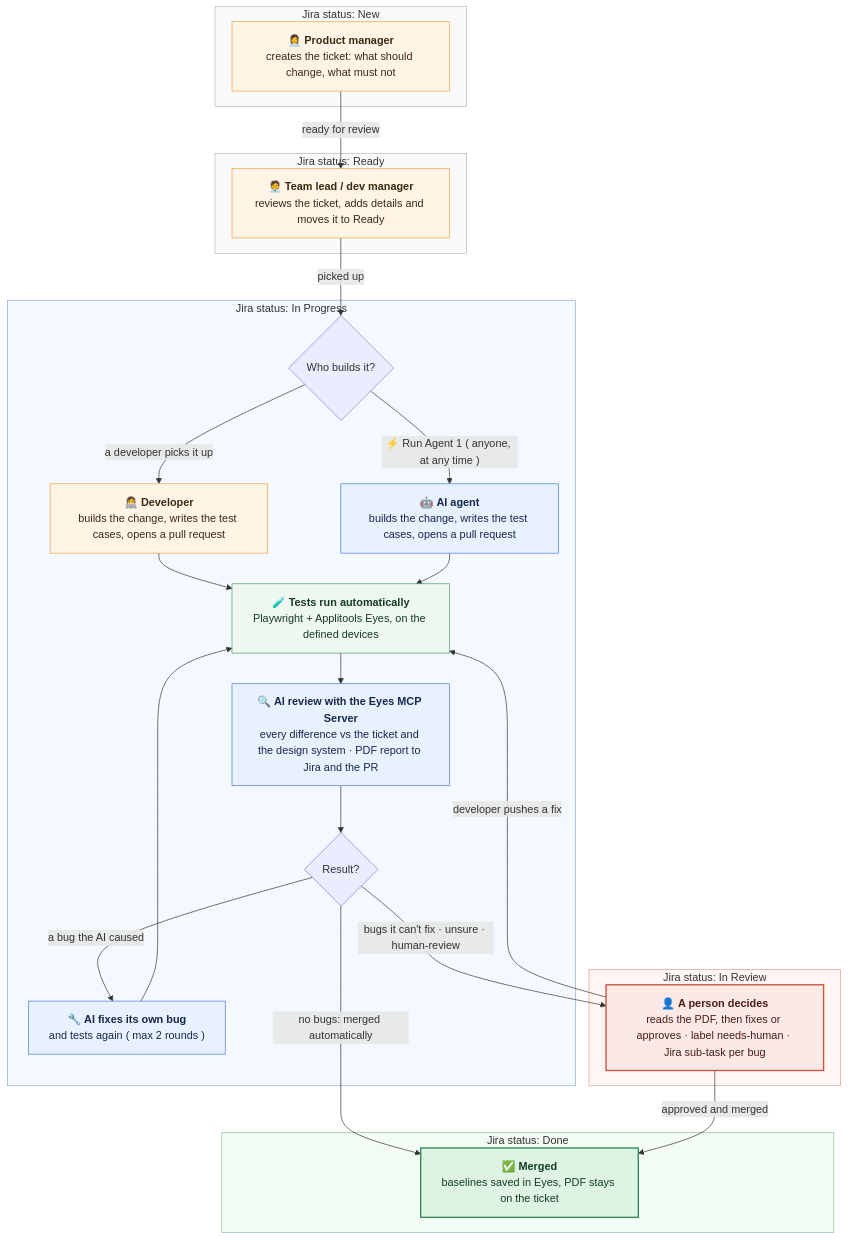
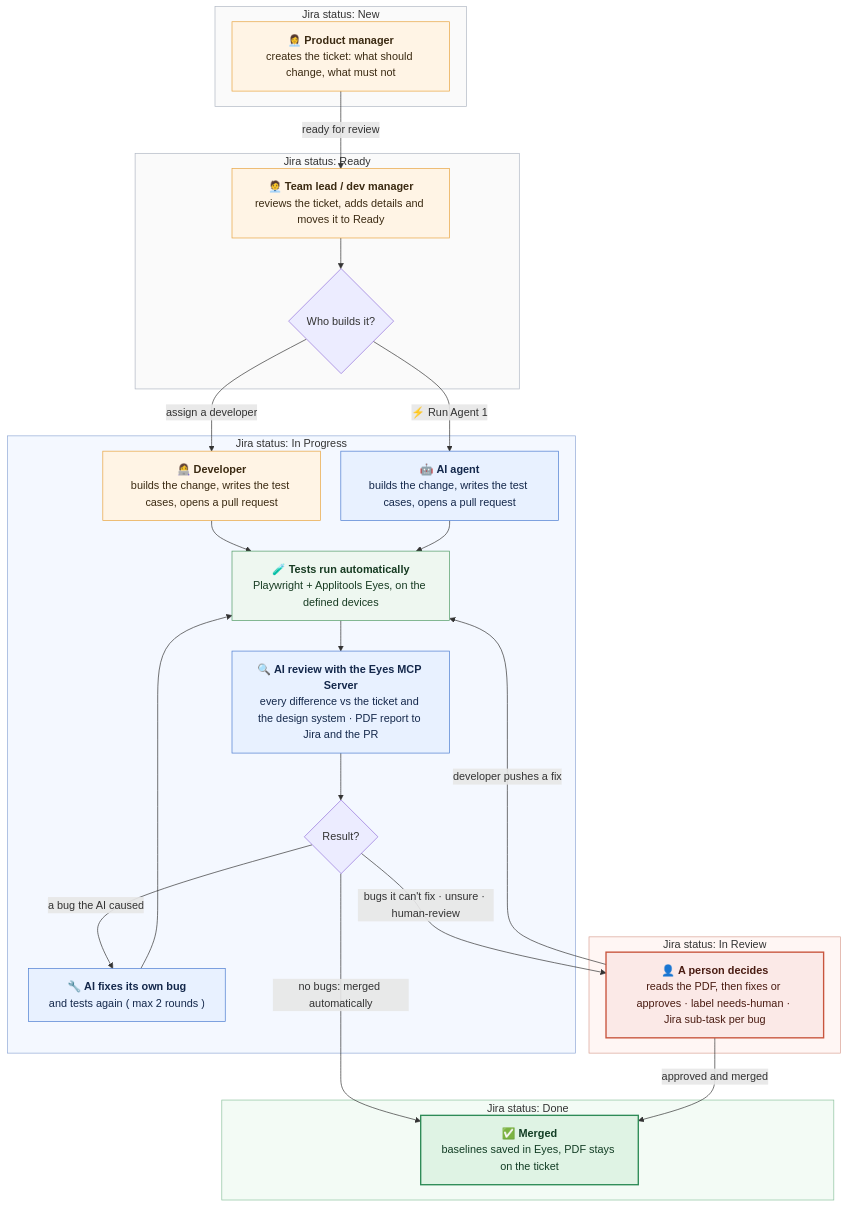
The diagram in docs/images/user-flow.mmd (ssharma007-dev/wikipedia-visual-ci), drawn with Mermaid before and after one commit. The commit also changed 5 other files, not shown here.

First line of the commit message:
Ready decides who builds it (developer or AI agent); ticket-flow diagram at the top of the README

```diff
--- a/docs/images/user-flow.mmd
+++ b/docs/images/user-flow.mmd
@@ -1,54 +1,54 @@
 %%{init: {"flowchart": {"wrappingWidth": 260, "nodeSpacing": 30, "rankSpacing": 45, "curve": "basis"}}}%%
 flowchart TD
     subgraph S1["Jira status: New"]
         A["👩‍💼 <b>Product manager</b><br/>creates the ticket: what should change, what must not"]
     end
     subgraph S2["Jira status: Ready"]
         B["🧑‍💼 <b>Team lead / dev manager</b><br/>reviews the ticket, adds details and moves it to Ready"]
+        C{"Who builds it?"}
     end
     subgraph S3["Jira status: In Progress"]
-        C{"Who builds it?"}
         D["👩‍💻 <b>Developer</b><br/>builds the change, writes the test cases, opens a pull request"]
         E["🤖 <b>AI agent</b><br/>builds the change, writes the test cases, opens a pull request"]
         F["🧪 <b>Tests run automatically</b><br/>Playwright + Applitools Eyes, on the defined devices"]
         G["🔍 <b>AI review with the Eyes MCP Server</b><br/>every difference vs the ticket and the design system · PDF report to Jira and the PR"]
         H{"Result?"}
         I["🔧 <b>AI fixes its own bug</b><br/>and tests again ( max 2 rounds )"]
     end
     subgraph S4["Jira status: In Review"]
         J["👤 <b>A person decides</b><br/>reads the PDF, then fixes or approves · label needs-human · Jira sub-task per bug"]
     end
     subgraph S5["Jira status: Done"]
         K["✅ <b>Merged</b><br/>baselines saved in Eyes, PDF stays on the ticket"]
     end
 
     A -->|"ready for review"| B
-    B -->|"picked up"| C
-    C -->|"a developer picks it up"| D
-    C -->|"⚡ Run Agent 1 ( anyone, at any time )"| E
+    B --> C
+    C -->|"assign a developer"| D
+    C -->|"⚡ Run Agent 1"| E
     D --> F
     E --> F
     F --> G
     G --> H
     H -->|"no bugs: merged automatically"| K
     H -->|"a bug the AI caused"| I
     I --> F
     H -->|"bugs it can't fix · unsure · human-review"| J
     J -->|"developer pushes a fix"| F
     J -->|"approved and merged"| K
 
     classDef person fill:#FFF4E5,stroke:#E8A33D,color:#3B2A12
     classDef ai fill:#E8F1FF,stroke:#4A7BD0,color:#14284B
     classDef auto fill:#EEF7F0,stroke:#4E9A64,color:#173B22
     classDef good fill:#DFF3E4,stroke:#2E8B57,color:#123D24,stroke-width:2px
     classDef decide fill:#FBE9E7,stroke:#C8553D,color:#4A1C12,stroke-width:2px
     class A,B,D person
     class E,G,I ai
     class F auto
     class K good
     class J decide
     style S1 fill:#FAFAFA,stroke:#B0B7C3
     style S2 fill:#FAFAFA,stroke:#B0B7C3
     style S3 fill:#F4F8FF,stroke:#8FA8D6
     style S4 fill:#FFF6F4,stroke:#D9A093
     style S5 fill:#F3FBF5,stroke:#8CC29E
```
